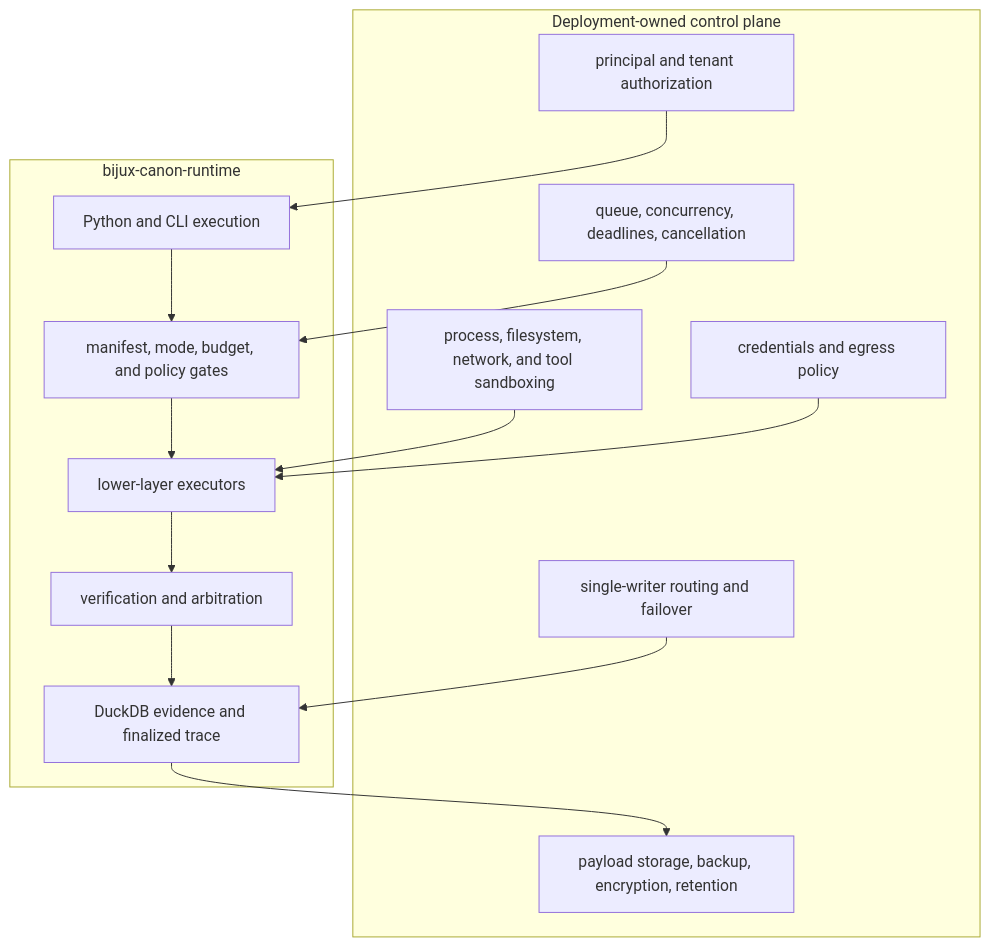
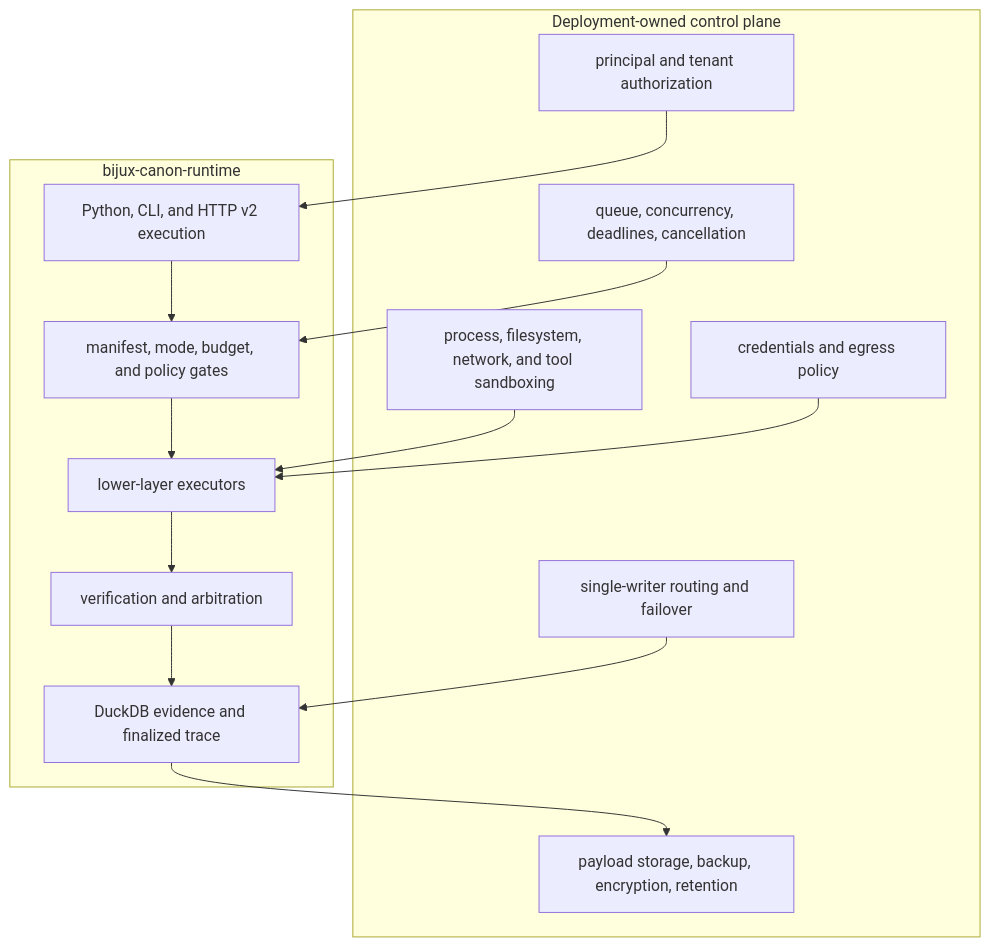
One commit to bijux/bijux-canon changed the diagram in docs/06-bijux-canon-runtime/operations/deployment-boundaries.md. Above: the diagram before and after it, drawn with Mermaid. The commit also changed other lines of this file and 29 other files, not shown here.

````diff
--- a/docs/06-bijux-canon-runtime/operations/deployment-boundaries.md
+++ b/docs/06-bijux-canon-runtime/operations/deployment-boundaries.md
@@ -19,27 +19,27 @@
 ```mermaid
 flowchart TB
     subgraph host["Deployment-owned control plane"]
         identity["principal and tenant authorization"]
         admission["queue, concurrency, deadlines, cancellation"]
         isolation["process, filesystem, network, and tool sandboxing"]
         secrets["credentials and egress policy"]
         custody["payload storage, backup, encryption, retention"]
         coordination["single-writer routing and failover"]
     end
 
     subgraph package["bijux-canon-runtime"]
-        interface["Python and CLI execution"]
+        interface["Python, CLI, and HTTP v2 execution"]
         authority["manifest, mode, budget, and policy gates"]
         execute["lower-layer executors"]
         verify["verification and arbitration"]
         store["DuckDB evidence and finalized trace"]
         interface --> authority --> execute --> verify --> store
     end
 
     identity --> interface
     admission --> authority
     isolation --> execute
     secrets --> execute
     store --> custody
     coordination --> store
 ```
````
